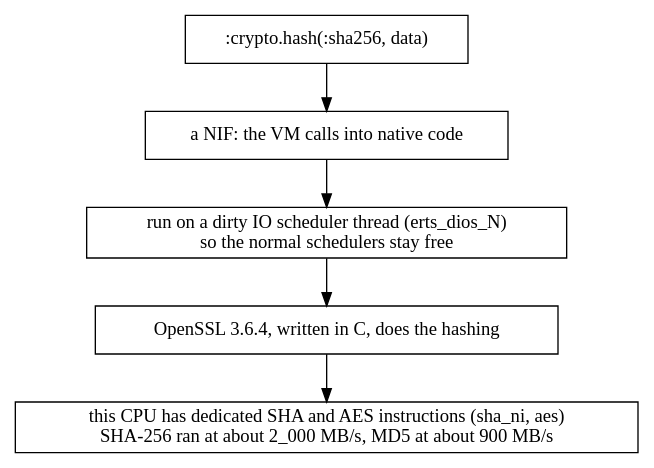
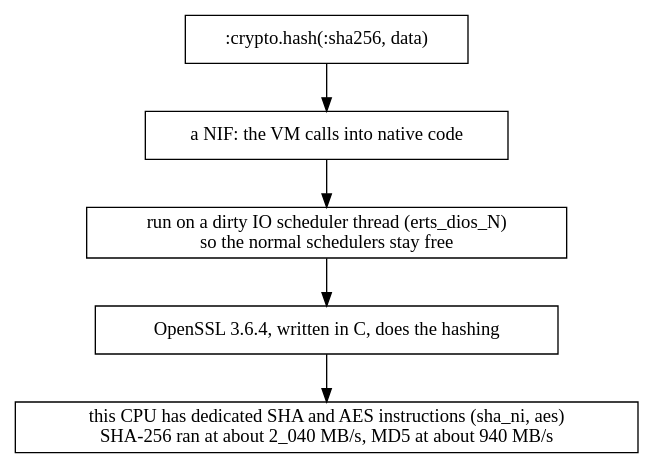
One commit to danceinthefake/visualixir changed the diagram in docs/diagrams/erlang-libraries/uth-crypto.dot. Above: the diagram before and after it, drawn with Graphviz. The commit also changed 37 other files, not shown here.

```diff
--- a/docs/diagrams/erlang-libraries/uth-crypto.dot
+++ b/docs/diagrams/erlang-libraries/uth-crypto.dot
@@ -1,9 +1,9 @@
 digraph crypto {
   node [shape=box]
   call [label=":crypto.hash(:sha256, data)"]
   nif [label="a NIF: the VM calls into native code"]
   th [label="run on a dirty IO scheduler thread (erts_dios_N)\nso the normal schedulers stay free" class=hl]
   ossl [label="OpenSSL 3.6.4, written in C, does the hashing"]
-  cpu [label="this CPU has dedicated SHA and AES instructions (sha_ni, aes)\nSHA-256 ran at about 2_000 MB/s, MD5 at about 900 MB/s" class=hl]
+  cpu [label="this CPU has dedicated SHA and AES instructions (sha_ni, aes)\nSHA-256 ran at about 2_040 MB/s, MD5 at about 940 MB/s" class=hl]
   call -> nif -> th -> ossl -> cpu
 }
```
